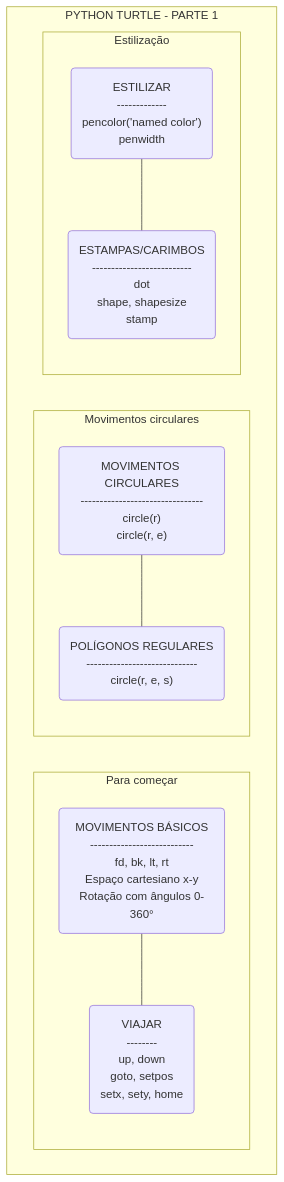
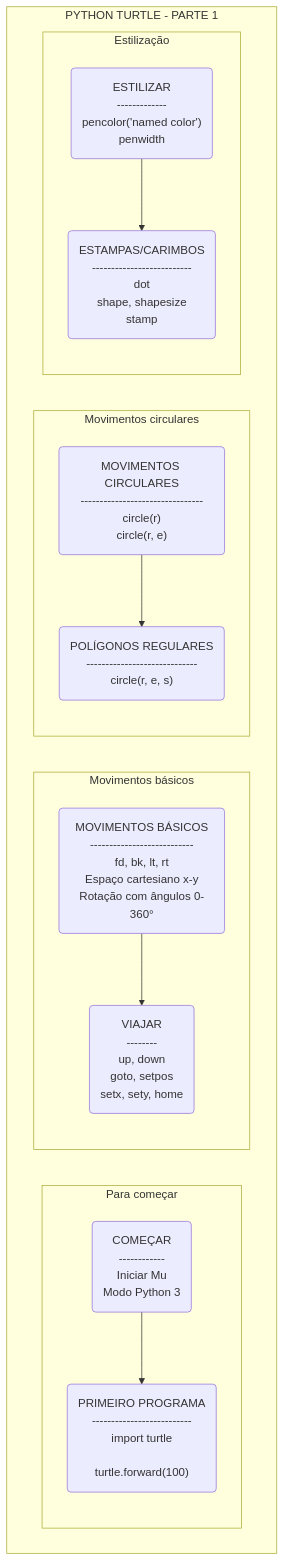
Before and after one commit to xbecas/init_python: the third of 4 diagrams in techtree.md, drawn with Mermaid.

Commit message:
Update techtree.md
Update Python Turtle - Parte 1

````diff
--- a/techtree.md
+++ b/techtree.md
@@ -29,28 +29,35 @@
 ```mermaid
   graph TD
 
     subgraph "PYTHON TURTLE - PARTE 1"
 
       subgraph "Para começar"
+        %% Python turtle
+        Comecar("COMEÇAR<br>------------<br>Iniciar Mu<br>Modo Python 3")
+        PrimeiroPrograma("PRIMEIRO PROGRAMA<br>--------------------------<br>import turtle<br><br>turtle.forward(100)")
+        Comecar-->PrimeiroPrograma
+      end
+
+      subgraph "Movimentos básicos"
         %% Movimentos básicos
         MovimentoBasico("MOVIMENTOS BÁSICOS<br>---------------------------<br>fd, bk, lt, rt<br>Espaço cartesiano x-y<br>Rotação com ângulos 0-360°")
         Viajar("VIAJAR<br>--------<br>up, down<br>goto, setpos<br>setx, sety, home")
-        MovimentoBasico---Viajar
+        MovimentoBasico-->Viajar
       end
       
       subgraph "Movimentos circulares"
         %% Movimentos circulares
         MovimentoCircular("MOVIMENTOS CIRCULARES<br>--------------------------------<br>circle(r)<br>circle(r, e)")
         PoligonosRegulares("POLÍGONOS REGULARES<br>-----------------------------<br>circle(r, e, s)")
-        MovimentoCircular---PoligonosRegulares
+        MovimentoCircular-->PoligonosRegulares
       end
 
       subgraph "Estilização"
         %% Estilização - cores e espessuras
         Estilizar("ESTILIZAR<br>-------------<br>pencolor('named color')<br>penwidth")
         Estampas("ESTAMPAS/CARIMBOS<br>--------------------------<br>dot<br>shape, shapesize<br>stamp")
-        Estilizar---Estampas
+        Estilizar-->Estampas
       end
 
     end
 ```
````
